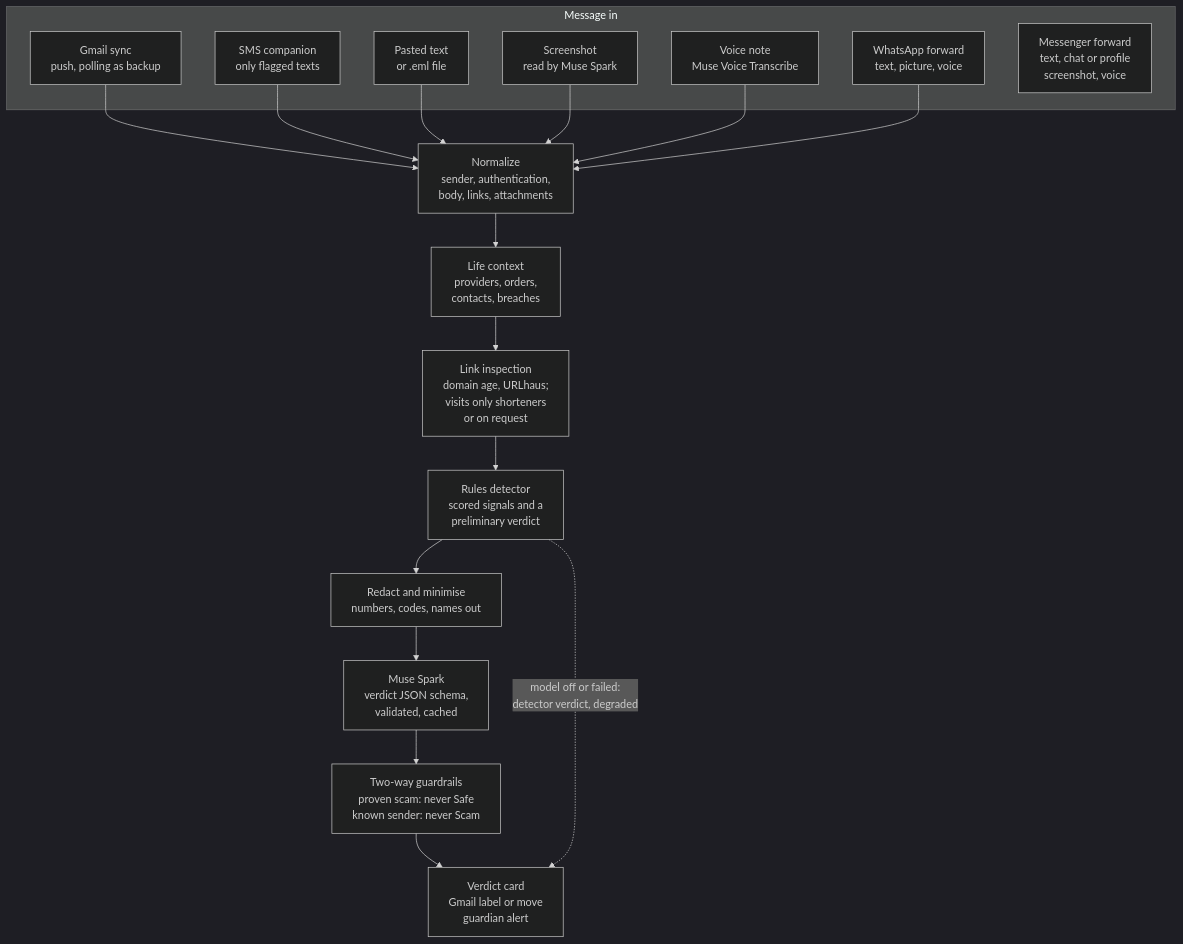
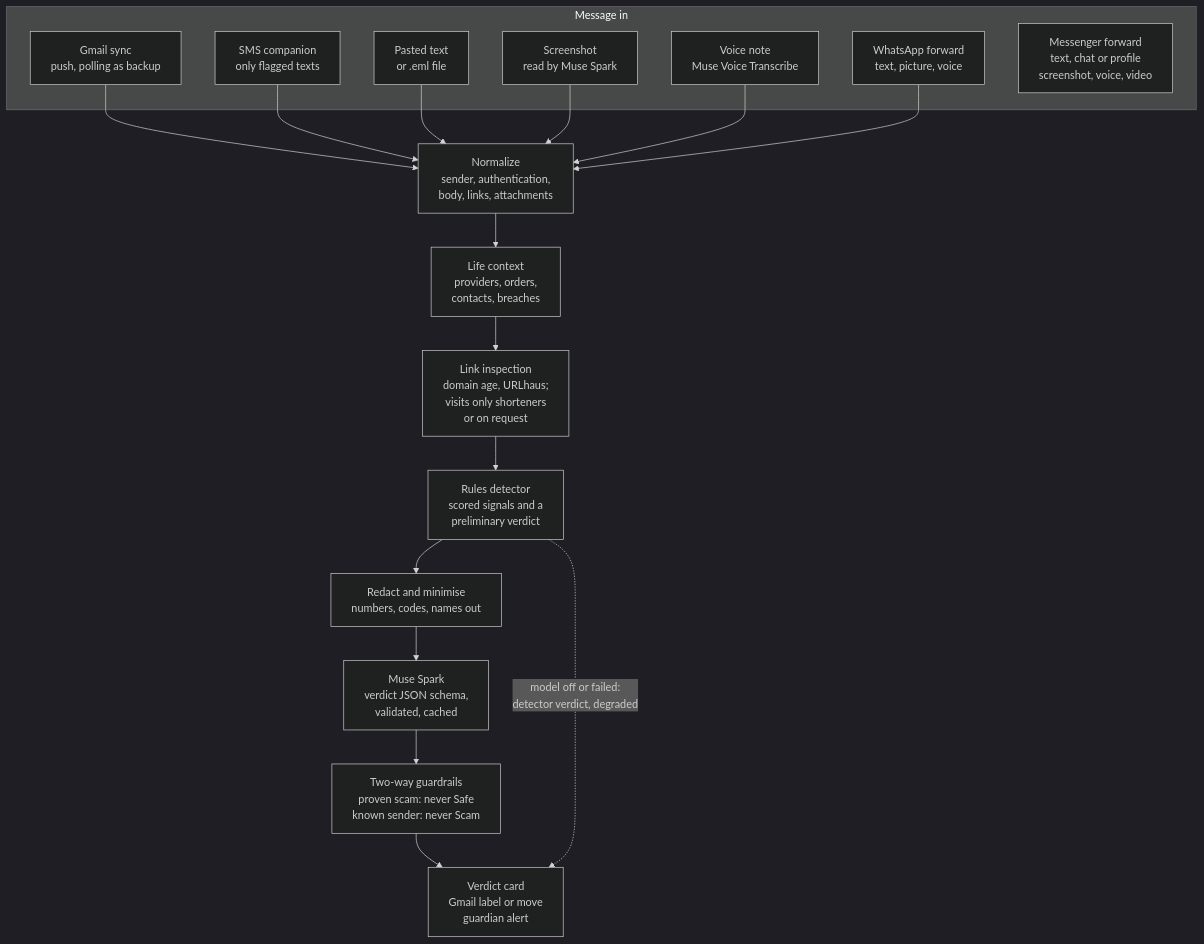
Before and after one commit to hadrienbaradel/scam-shield: the diagram in docs/ARCHITECTURE.md, drawn with Mermaid (dark theme). The commit also changed other lines of this file and 1 other file, not shown here.

````diff
--- a/docs/ARCHITECTURE.md
+++ b/docs/ARCHITECTURE.md
@@ -19,22 +19,22 @@
 ```mermaid
 flowchart TD
   subgraph IN["Message in"]
     GM["Gmail sync<br/>push, polling as backup"]
     SMS["SMS companion<br/>only flagged texts"]
     TXT["Pasted text<br/>or .eml file"]
     IMG["Screenshot<br/>read by Muse Spark"]
     VOX["Voice note<br/>Muse Voice Transcribe"]
     WA["WhatsApp forward<br/>text, picture, voice"]
-    FB["Messenger forward<br/>text, chat or profile<br/>screenshot, voice"]
+    FB["Messenger forward<br/>text, chat or profile<br/>screenshot, voice, video"]
   end
   NORM["Normalize<br/>sender, authentication,<br/>body, links, attachments"]
   CTX["Life context<br/>providers, orders,<br/>contacts, breaches"]
   LINK["Link inspection<br/>domain age, URLhaus;<br/>visits only shorteners<br/>or on request"]
   DET["Rules detector<br/>scored signals and a<br/>preliminary verdict"]
   RED["Redact and minimise<br/>numbers, codes, names out"]
   MUSE["Muse Spark<br/>verdict JSON schema,<br/>validated, cached"]
   GUARD["Two-way guardrails<br/>proven scam: never Safe<br/>known sender: never Scam"]
   OUT["Verdict card<br/>Gmail label or move<br/>guardian alert"]
   GM & SMS & TXT & IMG & VOX & WA --> NORM --> CTX --> LINK --> DET --> RED --> MUSE --> GUARD --> OUT
   DET -. "model off or failed:<br/>detector verdict, degraded" .-> OUT
 ```
````
